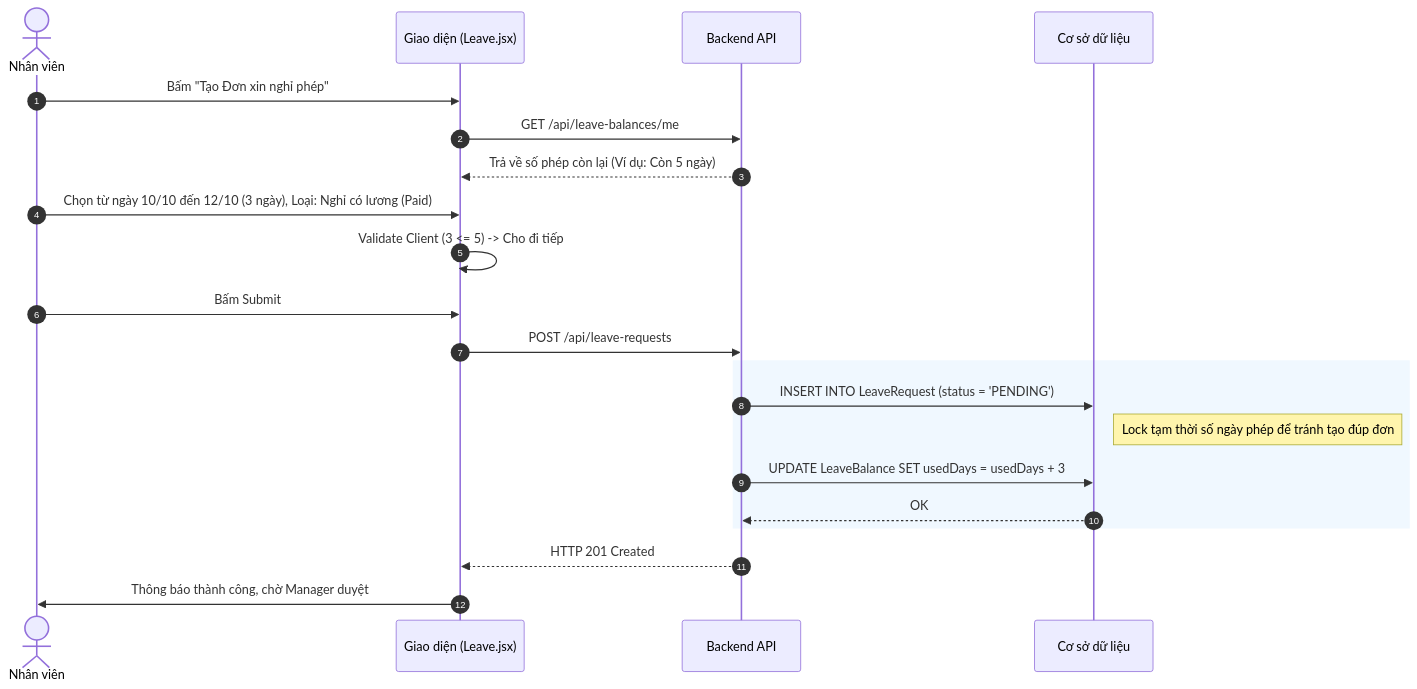
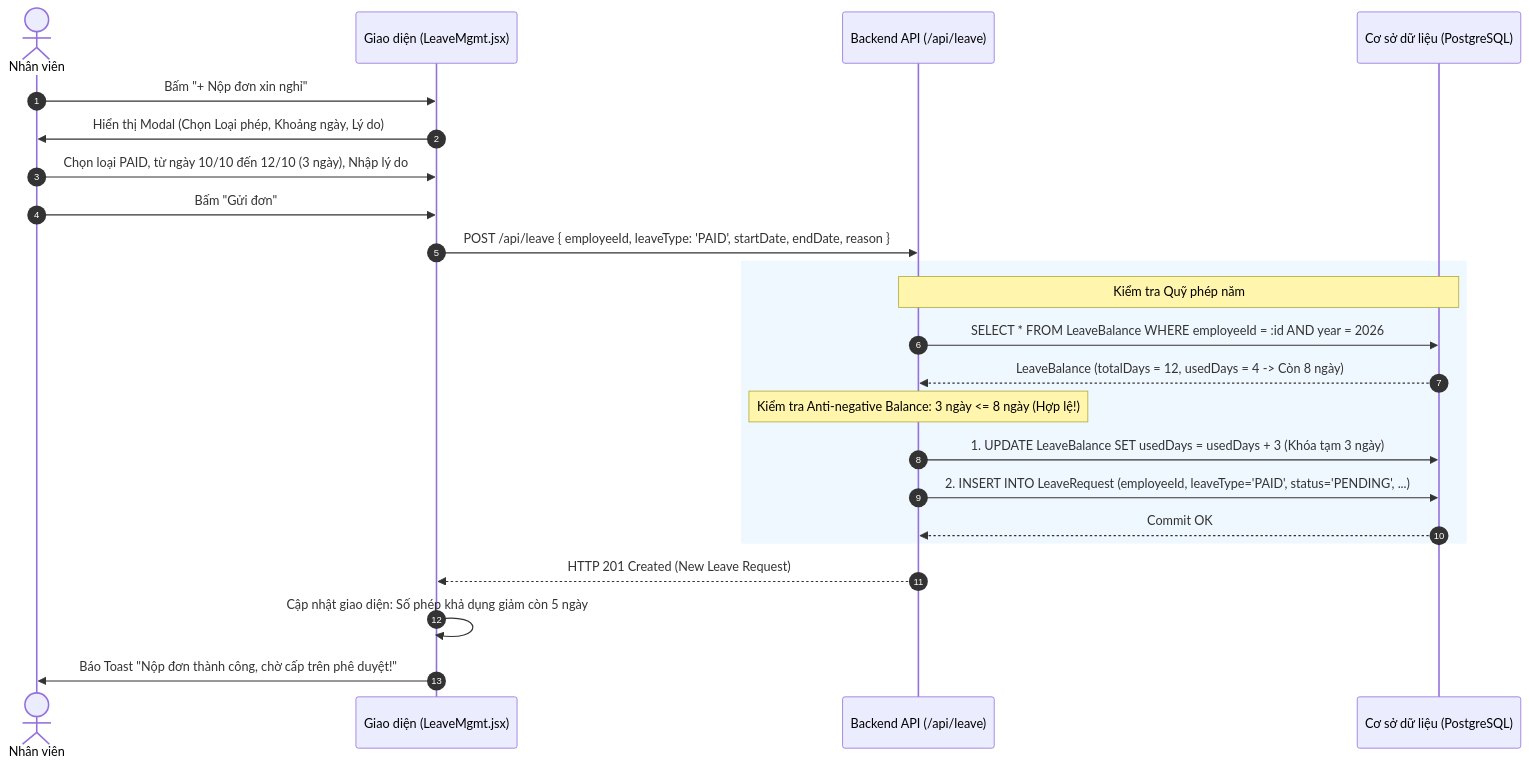
Before and after one commit to aye2710/HRM-DATN: the sixth of 7 diagrams in docs/Tài liệu phân tích nghiệp vụ từng module/Module Nghỉ phép và OT/Chuc-nang-Nghi-Phep.md, drawn with Mermaid. The commit also changed other lines of this file and 27 other files, not shown here.

````diff
--- a/docs/Tài liệu phân tích nghiệp vụ từng module/Module Nghỉ phép và OT/Chuc-nang-Nghi-Phep.md
+++ b/docs/Tài liệu phân tích nghiệp vụ từng module/Module Nghỉ phép và OT/Chuc-nang-Nghi-Phep.md
@@ -13,28 +230,31 @@
 ```mermaid
 sequenceDiagram
     autonumber
     actor NV as Nhân viên
-    participant FE as Giao diện (Leave.jsx)
-    participant BE as Backend API
-    participant DB as Cơ sở dữ liệu
+    participant FE as Giao diện (LeaveMgmt.jsx)
+    participant BE as Backend API (/api/leave)
+    participant DB as Cơ sở dữ liệu (PostgreSQL)
 
-    NV->>FE: Bấm "Tạo Đơn xin nghỉ phép"
-    FE->>BE: GET /api/leave-balances/me
-    BE-->>FE: Trả về số phép còn lại (Ví dụ: Còn 5 ngày)
+    NV->>FE: Bấm "+ Nộp đơn xin nghỉ"
+    FE->>NV: Hiển thị Modal (Chọn Loại phép, Khoảng ngày, Lý do)
+    NV->>FE: Chọn loại PAID, từ ngày 10/10 đến 12/10 (3 ngày), Nhập lý do
+    NV->>FE: Bấm "Gửi đơn"
     
-    NV->>FE: Chọn từ ngày 10/10 đến 12/10 (3 ngày), Loại: Nghỉ có lương (Paid)
-    FE->>FE: Validate Client (3 <= 5) -> Cho đi tiếp
-    NV->>FE: Bấm Submit
-    
-    FE->>BE: POST /api/leave-requests
+    FE->>BE: POST /api/leave { employeeId, leaveType: 'PAID', startDate, endDate, reason }
     
     rect rgb(240, 248, 255)
-        BE->>DB: INSERT INTO LeaveRequest (status = 'PENDING')
-        note right of DB: Lock tạm thời số ngày phép để tránh tạo đúp đơn
-        BE->>DB: UPDATE LeaveBalance SET usedDays = usedDays + 3
-        DB-->>BE: OK
+        Note over BE, DB: Kiểm tra Quỹ phép năm
+        BE->>DB: SELECT * FROM LeaveBalance WHERE employeeId = :id AND year = 2026
+        DB-->>BE: LeaveBalance (totalDays = 12, usedDays = 4 -> Còn 8 ngày)
+        
+        Note over BE: Kiểm tra Anti-negative Balance: 3 ngày <= 8 ngày (Hợp lệ!)
+        
+        BE->>DB: 1. UPDATE LeaveBalance SET usedDays = usedDays + 3 (Khóa tạm 3 ngày)
+        BE->>DB: 2. INSERT INTO LeaveRequest (employeeId, leaveType='PAID', status='PENDING', ...)
+        DB-->>BE: Commit OK
     end
     
-    BE-->>FE: HTTP 201 Created
-    FE->>NV: Thông báo thành công, chờ Manager duyệt
+    BE-->>FE: HTTP 201 Created (New Leave Request)
+    FE->>FE: Cập nhật giao diện: Số phép khả dụng giảm còn 5 ngày
+    FE->>NV: Báo Toast "Nộp đơn thành công, chờ cấp trên phê duyệt!"
 ```
````
